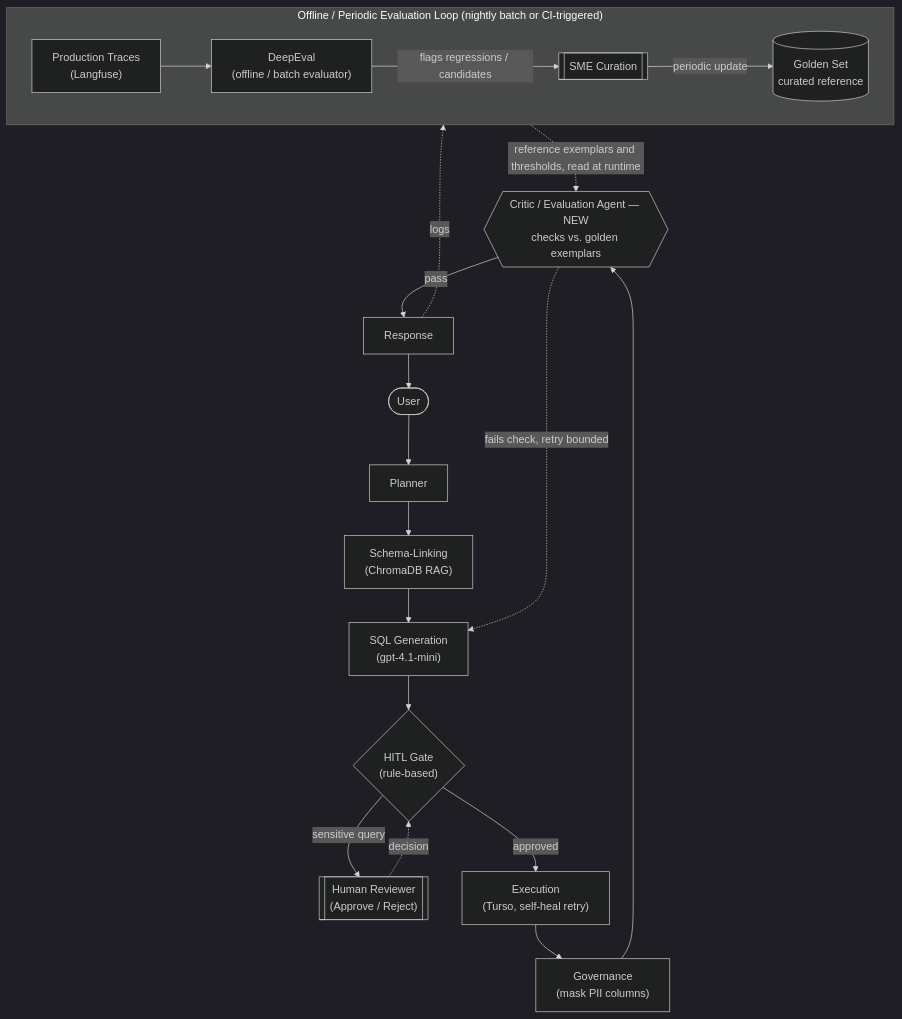
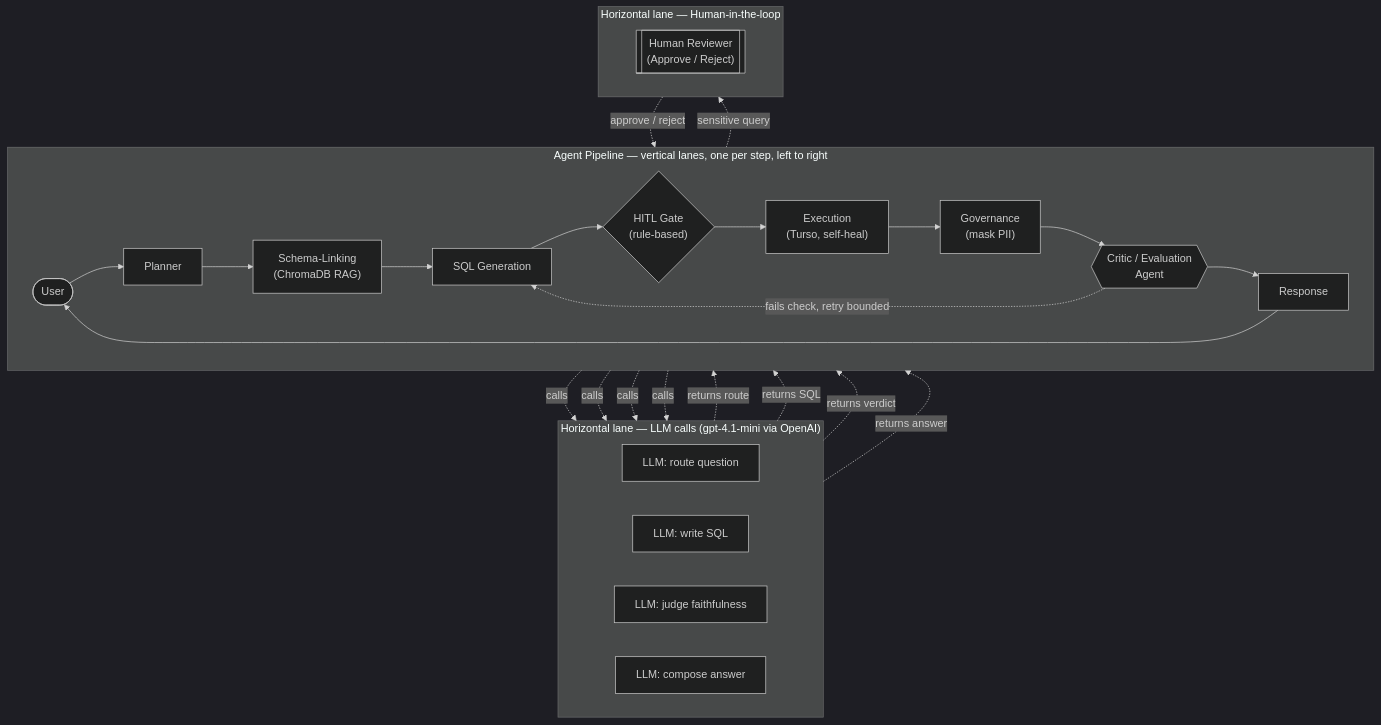
Before and after one commit to kylash-viswanathan/NL2SQLcode: the first of 2 diagrams in Project Documents/Agent_Orchestration_Flow.md, drawn with Mermaid (dark theme). The commit also changed other lines of this file and 17 other files, not shown here.

````diff
--- a/Project Documents/Agent_Orchestration_Flow.md
+++ b/Project Documents/Agent_Orchestration_Flow.md
@@ -8,25 +16,45 @@
 ```mermaid
 flowchart TB
-    User([User]) --> Planner
-    Planner --> SchemaLinking["Schema-Linking<br/>(ChromaDB RAG)"]
-    SchemaLinking --> SQLGen["SQL Generation<br/>(gpt-4.1-mini)"]
-    SQLGen --> HITL{"HITL Gate<br/>(rule-based)"}
-    HITL -- sensitive query --> Human[["Human Reviewer<br/>(Approve / Reject)"]]
-    Human -. decision .-> HITL
-    HITL -- approved --> Execution["Execution<br/>(Turso, self-heal retry)"]
-    Execution --> Governance["Governance<br/>(mask PII columns)"]
-    Governance --> Critic{{"Critic / Evaluation Agent — NEW<br/>checks vs. golden exemplars"}}
-    Critic -. fails check, retry bounded .-> SQLGen
-    Critic -- pass --> Response
-    Response --> User
+    subgraph Pipeline["Agent Pipeline — vertical lanes, one per step, left to right"]
+        direction LR
+        User(["User"])
+        Planner["Planner"]
+        SchemaLinking["Schema-Linking<br/>(ChromaDB RAG)"]
+        SQLGen["SQL Generation"]
+        HITLGate{"HITL Gate<br/>(rule-based)"}
+        Execution["Execution<br/>(Turso, self-heal)"]
+        Governance["Governance<br/>(mask PII)"]
+        Critic{{"Critic / Evaluation<br/>Agent"}}
+        Response["Response"]
 
-    subgraph Offline["Offline / Periodic Evaluation Loop (nightly batch or CI-triggered)"]
-        direction LR
-        Traces["Production Traces<br/>(Langfuse)"] --> DeepEval["DeepEval<br/>(offline / batch evaluator)"]
-        DeepEval -- flags regressions / candidates --> SME[["SME Curation"]]
-        SME -- periodic update --> Golden[("Golden Set<br/>curated reference")]
+        User --> Planner --> SchemaLinking --> SQLGen --> HITLGate
+        HITLGate --> Execution --> Governance --> Critic --> Response
+        Response --> User
+        Critic -. fails check, retry bounded .-> SQLGen
     end
 
-    Response -. logs .-> Traces
-    Golden -. reference exemplars and thresholds, read at runtime .-> Critic
+    subgraph LLMLane["Horizontal lane — LLM calls (gpt-4.1-mini via OpenAI)"]
+        direction LR
+        LLM1["LLM: route question"]
+        LLM2["LLM: write SQL"]
+        LLM3["LLM: judge faithfulness"]
+        LLM4["LLM: compose answer"]
+    end
+
+    subgraph HITLLane["Horizontal lane — Human-in-the-loop"]
+        direction LR
+        Human[["Human Reviewer<br/>(Approve / Reject)"]]
+    end
+
+    Planner -. calls .-> LLM1
+    LLM1 -. returns route .-> Planner
+    SQLGen -. calls .-> LLM2
+    LLM2 -. returns SQL .-> SQLGen
+    Critic -. calls .-> LLM3
+    LLM3 -. returns verdict .-> Critic
+    Response -. calls .-> LLM4
+    LLM4 -. returns answer .-> Response
+
+    HITLGate -. sensitive query .-> Human
+    Human -. approve / reject .-> HITLGate
 ```
````
